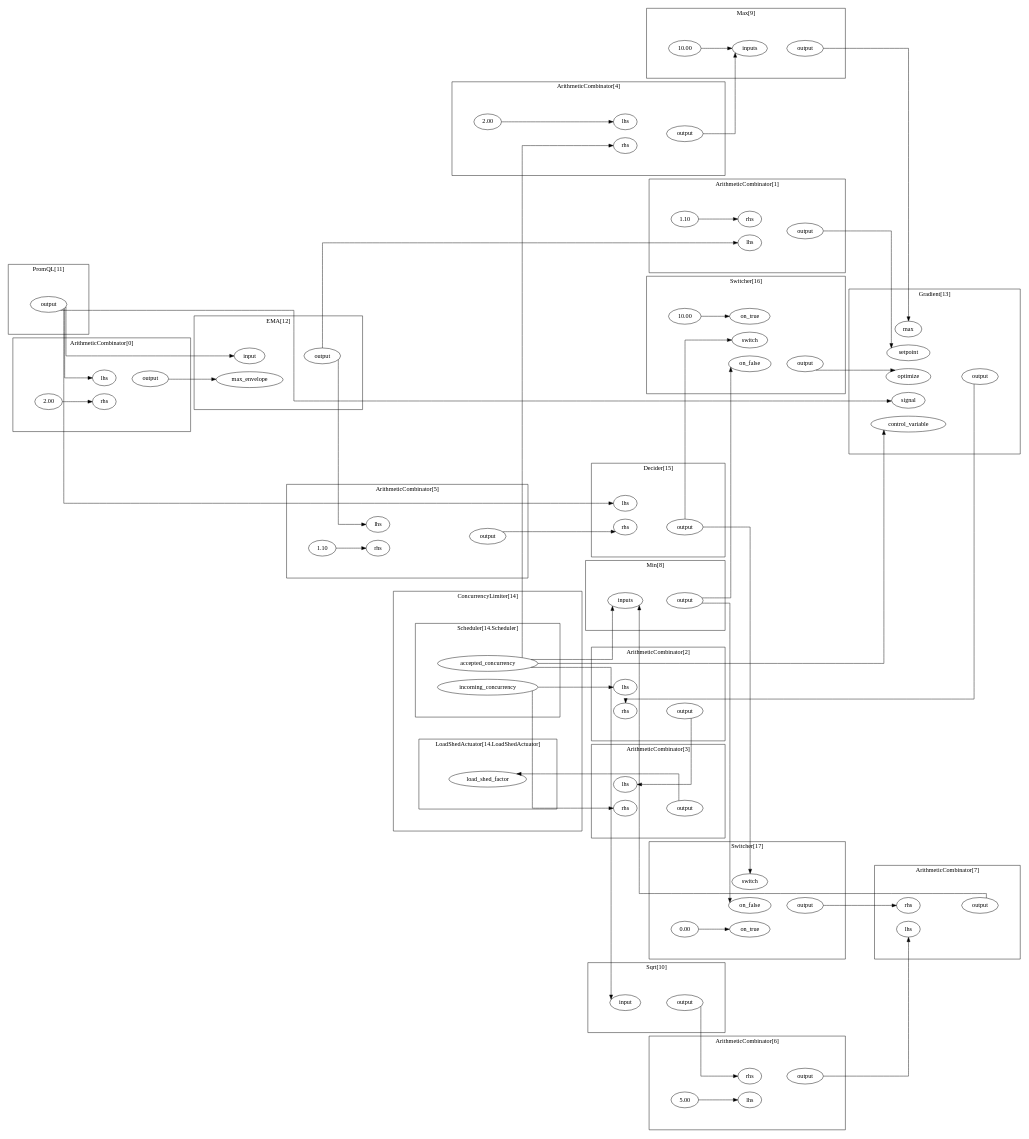
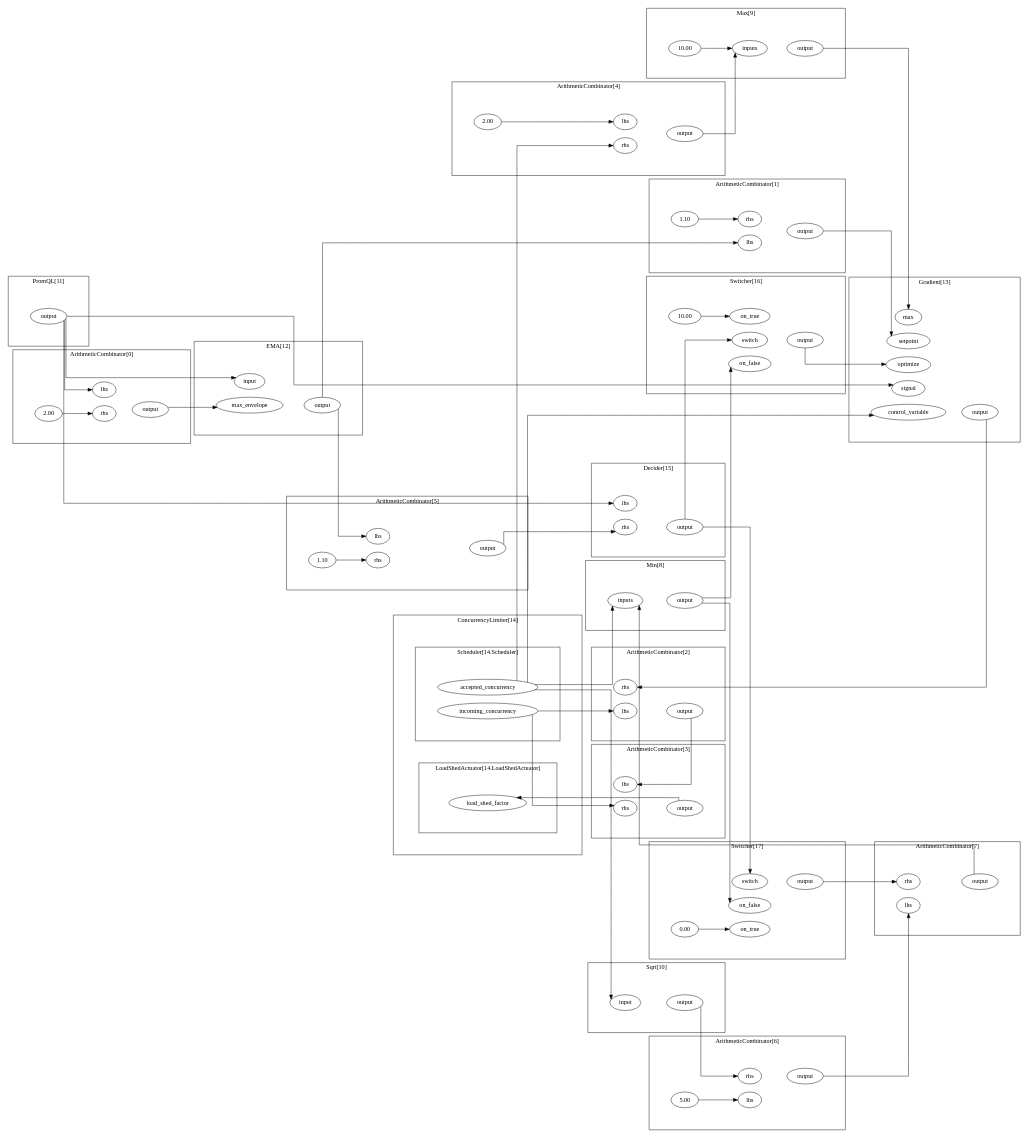
One commit to dataongunlaws/aperture changed the diagram in blueprints/blueprints/latency-gradient/example/gen/graph/graph.dot. Above: the diagram before and after it, drawn with Graphviz. The commit also changed 27 other files, not shown here.

```diff
--- a/blueprints/blueprints/latency-gradient/example/gen/graph/graph.dot
+++ b/blueprints/blueprints/latency-gradient/example/gen/graph/graph.dot
@@ -1,13 +1,13 @@
 digraph  {
 	subgraph cluster_s1 {
 		label="ArithmeticCombinator[0]";margin="50.0";
-		n3[label="2.00"];
-		n4[label="lhs"];
+		n4[label="2.00"];
+		n2[label="lhs"];
 		n5[label="output"];
-		n2[label="rhs"];
-		n3->n2;
-		n4->n5[style="invis"];
-		{rank=same; n2;n4;};
+		n3[label="rhs"];
+		n4->n3;
+		n3->n5[style="invis"];
+		{rank=same; n2;n3;};
 		{rank=same; n5;};
 		
 	}
@@ -25,9 +25,9 @@
 	}
 	subgraph cluster_s11 {
 		label="ArithmeticCombinator[2]";margin="50.0";
-		n12[label="lhs"];
+		n13[label="lhs"];
 		n14[label="output"];
-		n13[label="rhs"];
+		n12[label="rhs"];
 		n13->n14[style="invis"];
 		{rank=same; n12;n13;};
 		{rank=same; n14;};
@@ -51,8 +51,8 @@
 		n22[label="rhs"];
 		n21->n20;
 		n22->n23[style="invis"];
+		{rank=same; n23;};
 		{rank=same; n20;n22;};
-		{rank=same; n23;};
 		
 	}
 	subgraph cluster_s24 {
@@ -118,8 +118,8 @@
 	}
 	subgraph cluster_s50 {
 		label="EMA[12]";margin="50.0";
-		n52[label="input"];
-		n51[label="max_envelope"];
+		n51[label="input"];
+		n52[label="max_envelope"];
 		n53[label="output"];
 		n52->n53[style="invis"];
 		{rank=same; n51;n52;};
@@ -128,12 +128,12 @@
 	}
 	subgraph cluster_s54 {
 		label="Gradient[13]";margin="50.0";
-		n55[label="control_variable"];
-		n59[label="max"];
-		n58[label="optimize"];
+		n59[label="control_variable"];
+		n58[label="max"];
+		n57[label="optimize"];
 		n60[label="output"];
-		n57[label="setpoint"];
-		n56[label="signal"];
+		n56[label="setpoint"];
+		n55[label="signal"];
 		n59->n60[style="invis"];
 		{rank=same; n55;n56;n57;n58;n59;};
 		{rank=same; n60;};
@@ -176,27 +176,27 @@
 	}
 	subgraph cluster_s71 {
 		label="Switcher[16]";margin="50.0";
-		n74[label="10.00"];
-		n75[label="on_false"];
-		n73[label="on_true"];
+		n75[label="10.00"];
+		n72[label="on_false"];
+		n74[label="on_true"];
 		n76[label="output"];
-		n72[label="switch"];
-		n74->n73;
-		n75->n76[style="invis"];
-		{rank=same; n72;n73;n75;};
+		n73[label="switch"];
+		n75->n74;
+		n74->n76[style="invis"];
+		{rank=same; n72;n73;n74;};
 		{rank=same; n76;};
 		
 	}
 	subgraph cluster_s77 {
 		label="Switcher[17]";margin="50.0";
-		n80[label="0.00"];
-		n81[label="on_false"];
-		n79[label="on_true"];
+		n79[label="0.00"];
+		n80[label="on_false"];
+		n78[label="on_true"];
 		n82[label="output"];
-		n78[label="switch"];
-		n80->n79;
+		n81[label="switch"];
+		n79->n78;
 		n81->n82[style="invis"];
-		{rank=same; n78;n79;n81;};
+		{rank=same; n78;n80;n81;};
 		{rank=same; n82;};
 		
 	}
@@ -204,31 +204,31 @@
 	n63->n22;
 	n63->n39;
 	n63->n46;
-	n63->n55;
-	n64->n12;
+	n63->n59;
+	n64->n13;
 	n64->n17;
 	n14->n16;
-	n76->n58;
-	n5->n51;
-	n10->n57;
-	n28->n69;
-	n33->n35;
-	n40->n75;
-	n40->n81;
-	n60->n13;
-	n70->n72;
-	n70->n78;
 	n82->n36;
+	n5->n52;
+	n23->n42;
 	n37->n39;
+	n44->n58;
 	n47->n32;
-	n18->n66;
-	n23->n42;
-	n44->n59;
-	n49->n4;
-	n49->n52;
-	n49->n56;
-	n49->n68;
 	n53->n7;
 	n53->n25;
+	n76->n57;
+	n18->n66;
+	n33->n35;
+	n49->n2;
+	n49->n51;
+	n49->n55;
+	n49->n68;
+	n60->n12;
+	n70->n73;
+	n70->n81;
+	n10->n56;
+	n28->n69;
+	n40->n72;
+	n40->n80;
 	
 }
```
